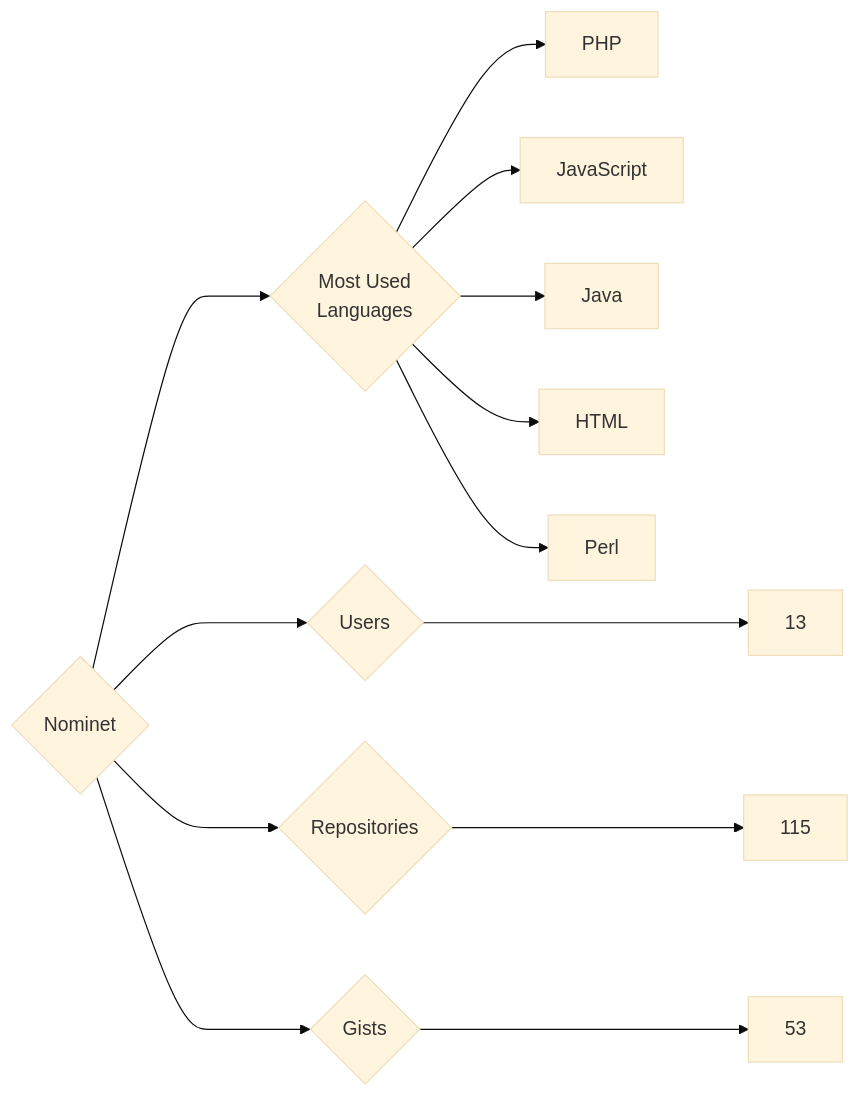
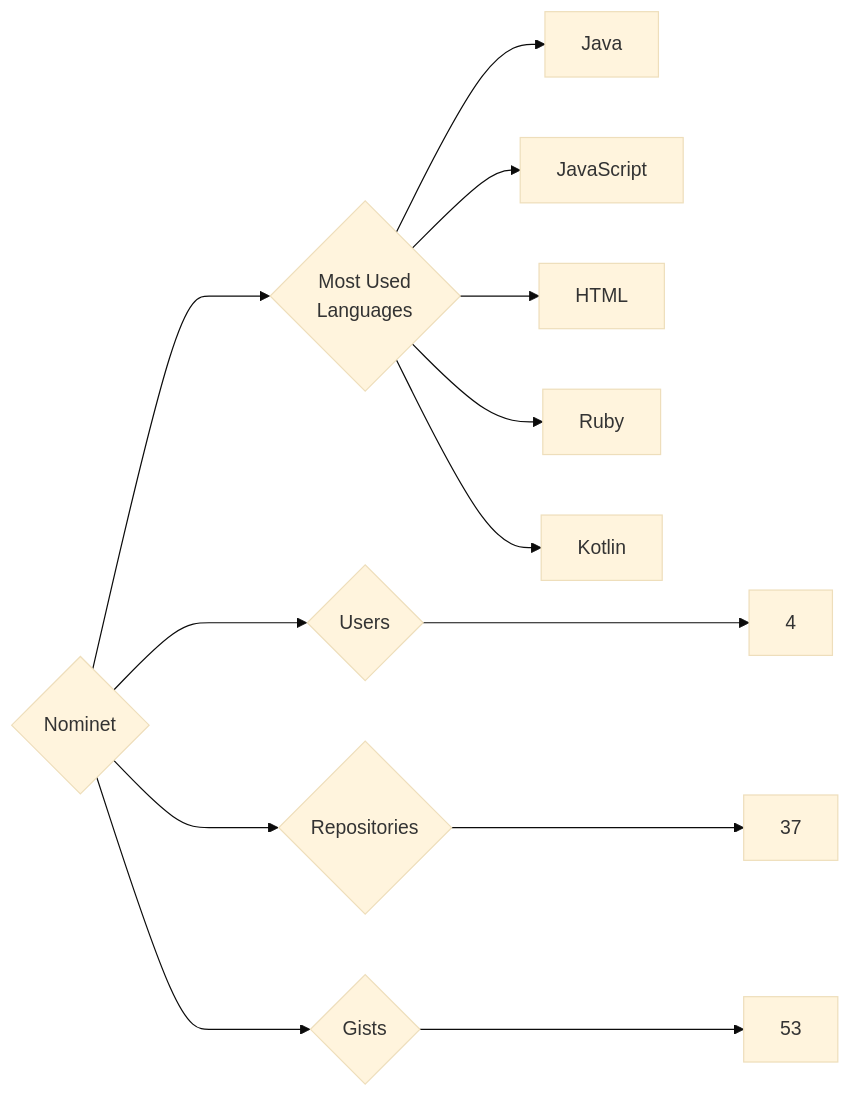
One commit to trickest/insiders changed the diagram in targets/Nominet/README.md. Above: the diagram before and after it, drawn with Mermaid (base theme). The commit also changed 1248 other files, not shown here.

````diff
--- a/targets/Nominet/README.md
+++ b/targets/Nominet/README.md
@@ -3,13 +3,13 @@
 ```mermaid
 graph LR
 COMPANY_NAME{Nominet}
-COMPANY_NAME ---> U{Users} ---> UN[13]
-COMPANY_NAME ---> R{Repositories} ---> RN[115]
+COMPANY_NAME ---> U{Users} ---> UN[4]
+COMPANY_NAME ---> R{Repositories} ---> RN[37]
 COMPANY_NAME ---> G{Gists} ---> GN[53]
 COMPANY_NAME ---> ML{Most Used<br>Languages}
-ML --> PHP[PHP]
+ML --> Java[Java]
 ML --> JavaScript[JavaScript]
-ML --> Java[Java]
 ML --> HTML[HTML]
-ML --> Perl[Perl]
+ML --> Ruby[Ruby]
+ML --> Kotlin[Kotlin]
 ```
````
